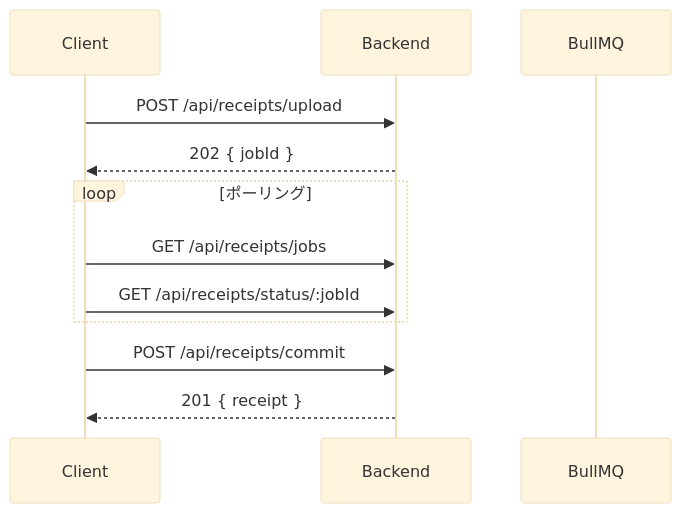
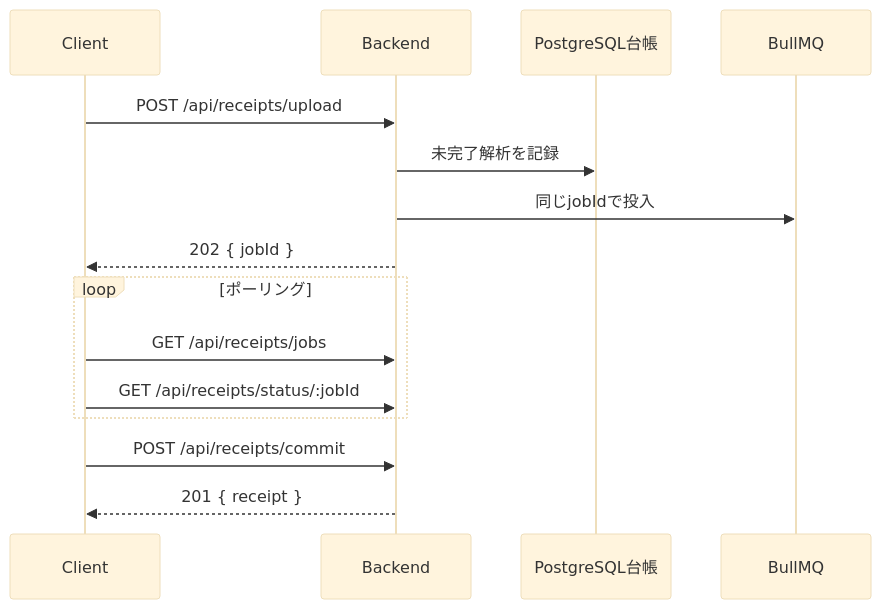
The third of 3 diagrams in docs/design/api-spec.md (yama180sx/receipt-ai-app), drawn with Mermaid (base theme) before and after one commit. The commit also changed other lines of this file and 28 other files, not shown here.

````diff
--- a/docs/design/api-spec.md
+++ b/docs/design/api-spec.md
@@ -611,17 +611,20 @@
 ```mermaid
 sequenceDiagram
     participant C as Client
     participant API as Backend
+    participant L as PostgreSQL台帳
     participant Q as BullMQ
 
     C->>API: POST /api/receipts/upload
+    API->>L: 未完了解析を記録
+    API->>Q: 同じjobIdで投入
     API-->>C: 202 { jobId }
 
     loop ポーリング
         C->>API: GET /api/receipts/jobs
         C->>API: GET /api/receipts/status/:jobId
     end
 
     C->>API: POST /api/receipts/commit
     API-->>C: 201 { receipt }
 ```
````
